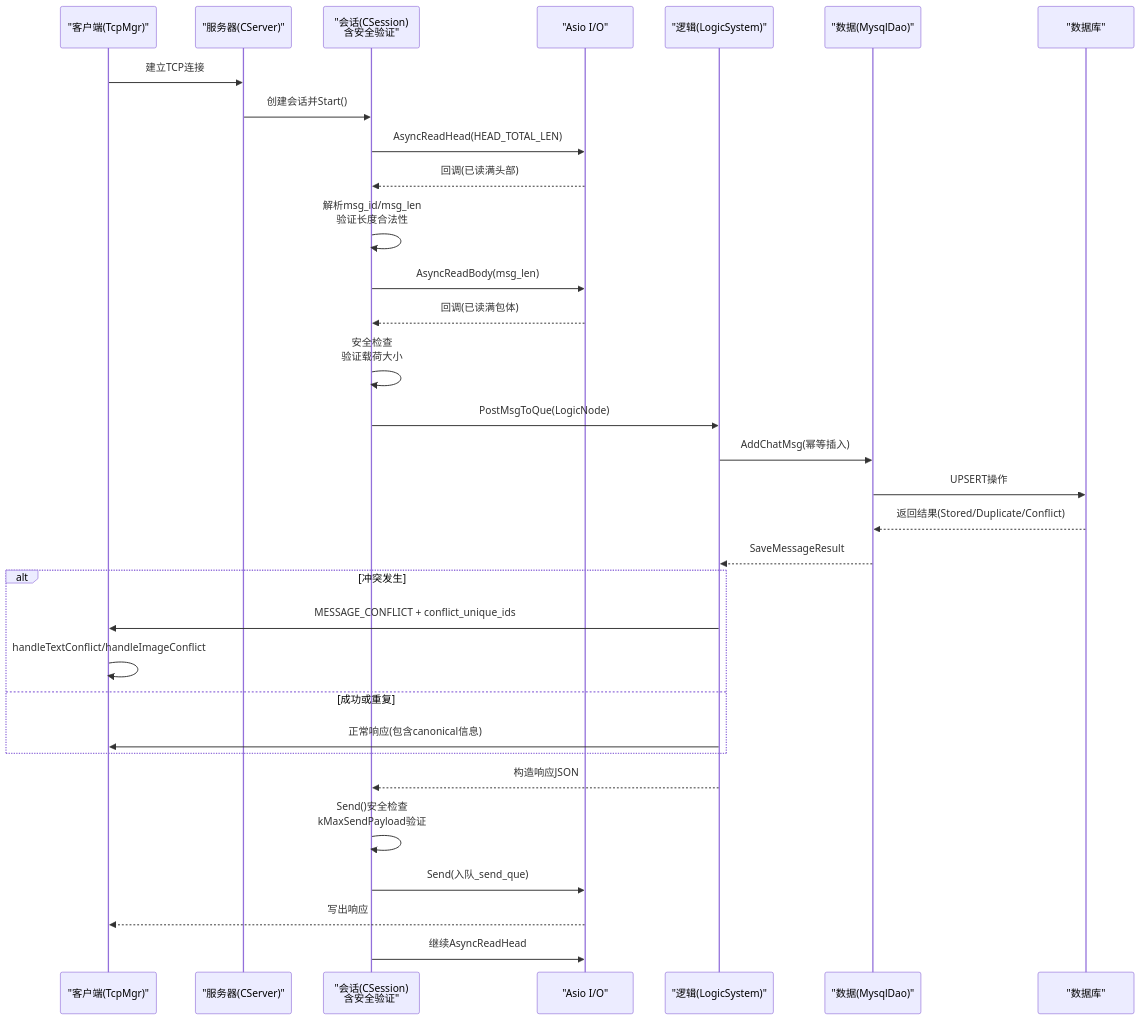
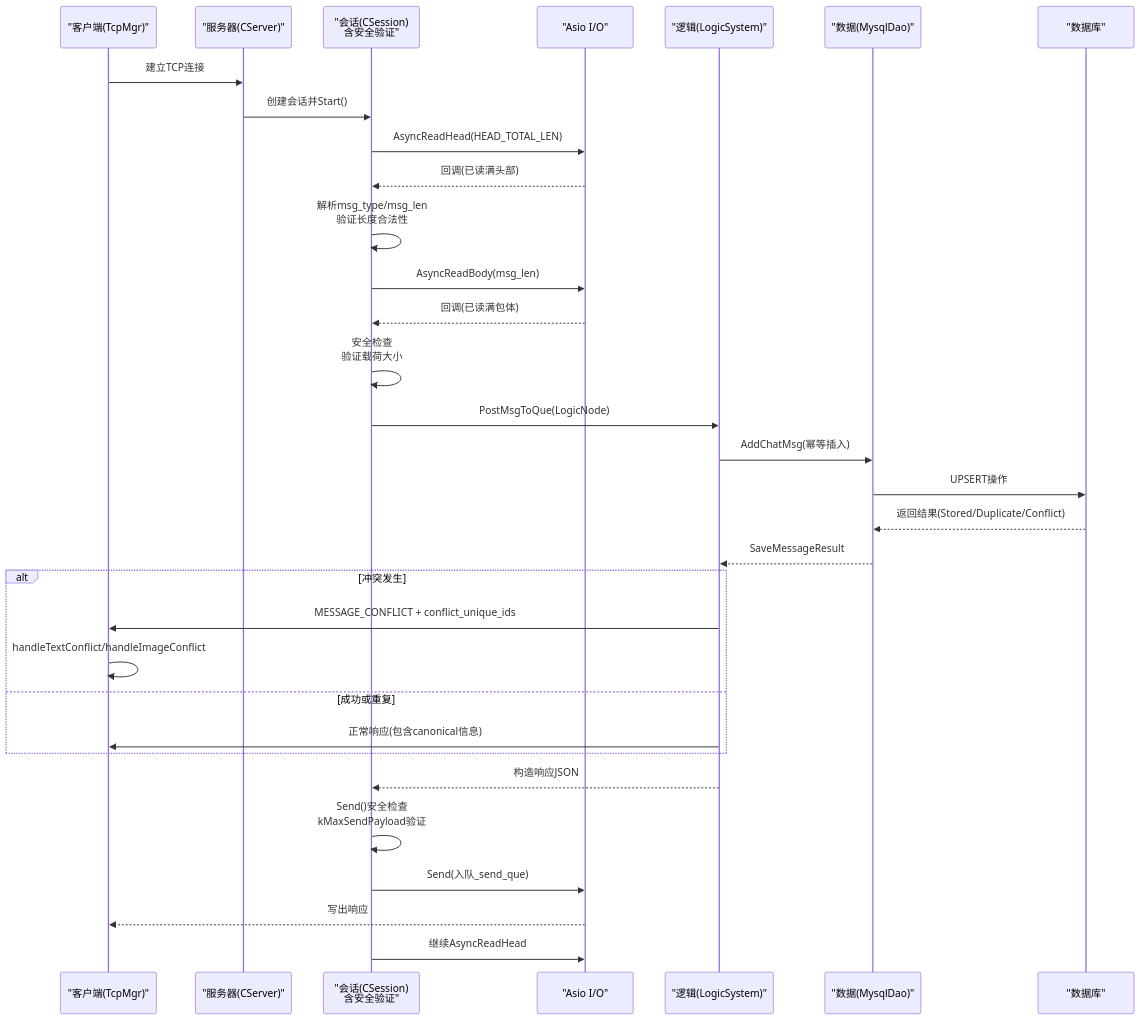
The second of 8 diagrams in .qoder/repowiki/zh/content/服务端开发/ChatServer聊天核心服务/会话管理/消息处理机制.md (echo9923/mychatter), drawn with Mermaid before and after one commit. The commit also changed other lines of this file and 128 other files, not shown here.

First line of the commit message:
refactor(protocol): TCP 帧头消息类型 msg_id 全局改名为 msg_type

````diff
--- a/.qoder/repowiki/zh/content/服务端开发/ChatServer聊天核心服务/会话管理/消息处理机制.md
+++ b/.qoder/repowiki/zh/content/服务端开发/ChatServer聊天核心服务/会话管理/消息处理机制.md
@@ -122,34 +122,34 @@
 ```mermaid
 sequenceDiagram
 participant Client as "客户端(TcpMgr)"
 participant Server as "服务器(CServer)"
 participant Session as "会话(CSession)<br/>含安全验证"
 participant IO as "Asio I/O"
 participant Logic as "逻辑(LogicSystem)"
 participant DAO as "数据(MysqlDao)"
 participant DB as "数据库"
 Client->>Server : 建立TCP连接
 Server->>Session : 创建会话并Start()
 Session->>IO : AsyncReadHead(HEAD_TOTAL_LEN)
 IO-->>Session : 回调(已读满头部)
-Session->>Session : 解析msg_id/msg_len<br/>验证长度合法性
+Session->>Session : 解析msg_type/msg_len<br/>验证长度合法性
 Session->>IO : AsyncReadBody(msg_len)
 IO-->>Session : 回调(已读满包体)
 Session->>Session : 安全检查<br/>验证载荷大小
 Session->>Logic : PostMsgToQue(LogicNode)
 Logic->>DAO : AddChatMsg(幂等插入)
 DAO->>DB : UPSERT操作
 DB-->>DAO : 返回结果(Stored/Duplicate/Conflict)
 DAO-->>Logic : SaveMessageResult
 alt 冲突发生
 Logic->>Client : MESSAGE_CONFLICT + conflict_unique_ids
 Client->>Client : handleTextConflict/handleImageConflict
 else 成功或重复
 Logic->>Client : 正常响应(包含canonical信息)
 end
 Logic-->>Session : 构造响应JSON
 Session->>Session : Send()安全检查<br/>kMaxSendPayload验证
 Session->>IO : Send(入队_send_que)
 IO-->>Client : 写出响应
 Session->>IO : 继续AsyncReadHead
 ```
````
